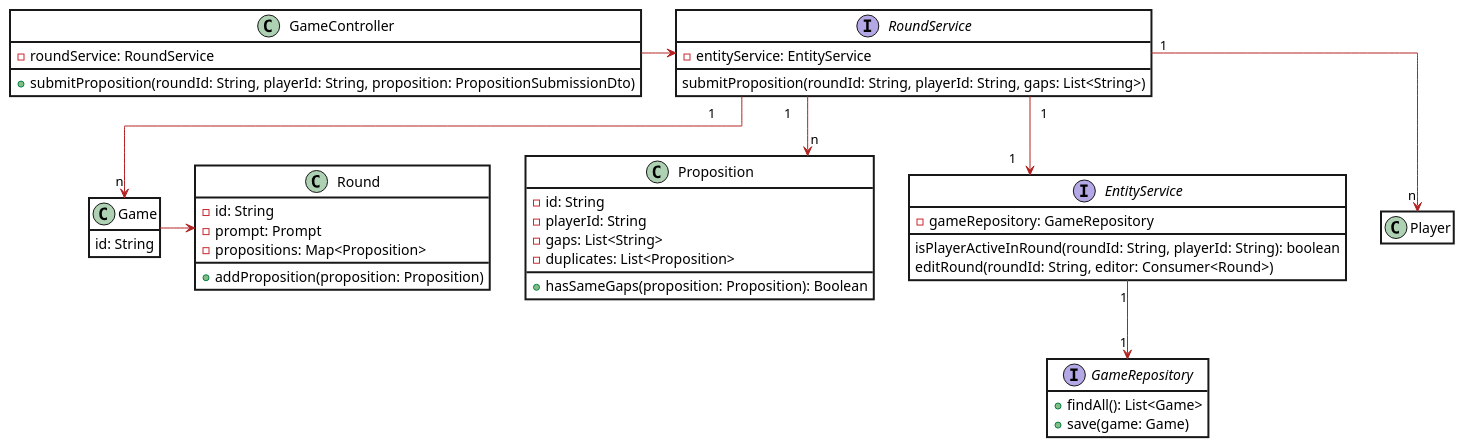
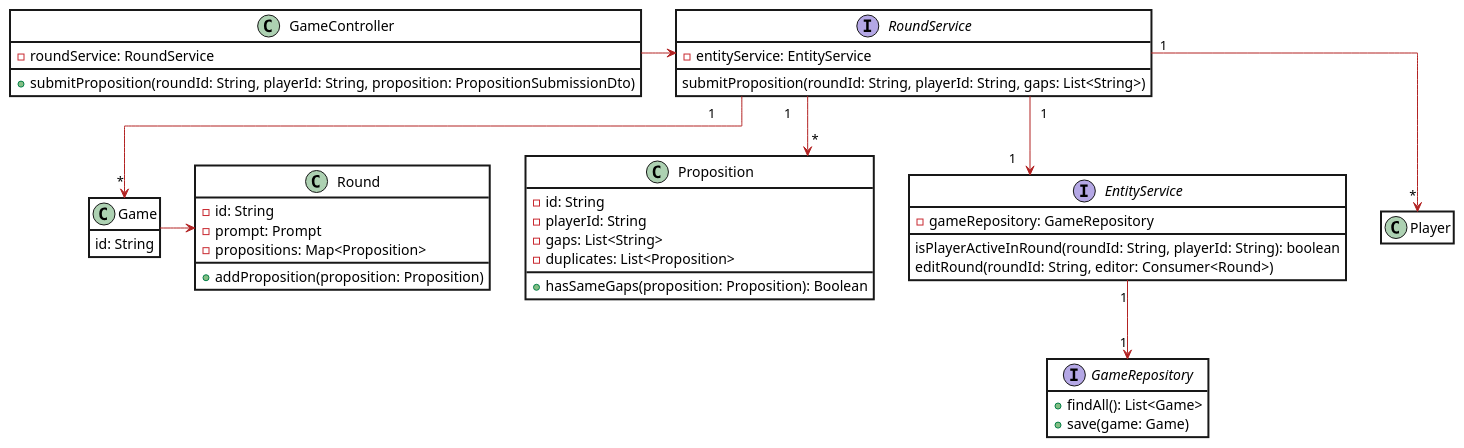
The diagram in docs/diagrams/DCD_submit_promosition.plantuml (patrickwinti/worldwidewalter), drawn with PlantUML before and after one commit. The commit also changed 7 other files, not shown here.

Commit message:
[WWW-59] fixes diagrams

```diff
--- a/docs/diagrams/DCD_submit_promosition.plantuml
+++ b/docs/diagrams/DCD_submit_promosition.plantuml
@@ -1,60 +1,60 @@
 @startuml
 skinparam class {
     BackgroundColor white
     ArrowColor Firebrick
     BorderThickness 2
 }
 skinparam Note{
     BorderColor #FFD966
     BackgroundColor #FFD966
 }
 skinparam roundcorner 0
 skinparam packagestyle Frame
 hide empty members
 skinparam linetype ortho
 
 class GameController {
     -roundService: RoundService
     +submitProposition(roundId: String, playerId: String, proposition: PropositionSubmissionDto)
 }
 class Game {
     id: String
 }
 class Proposition{
     -id: String
     -playerId: String
     -gaps: List<String>
     -duplicates: List<Proposition>
     +hasSameGaps(proposition: Proposition): Boolean
 }
 class Round {
      -id: String
      -prompt: Prompt
      -propositions: Map<Proposition>
      +addProposition(proposition: Proposition)
 }
 interface RoundService{
     -entityService: EntityService
     submitProposition(roundId: String, playerId: String, gaps: List<String>)
 }
 interface EntityService{
    -gameRepository: GameRepository
     isPlayerActiveInRound(roundId: String, playerId: String): boolean
     editRound(roundId: String, editor: Consumer<Round>)
 }
 interface GameRepository {
     +findAll(): List<Game>
     +save(game: Game)
 }
 
 GameController -> RoundService
 
-RoundService "1"-->"n"  Game
-RoundService "1"-->"n"  Player
-RoundService "1"-->"n"  Proposition
+RoundService "1"-->"*"  Game
+RoundService "1"-->"*"  Player
+RoundService "1"-->"*"  Proposition
 RoundService "1"-->"1" EntityService
 
 EntityService "1"-->"1" GameRepository
 
 Game -> Round
 @enduml
```
